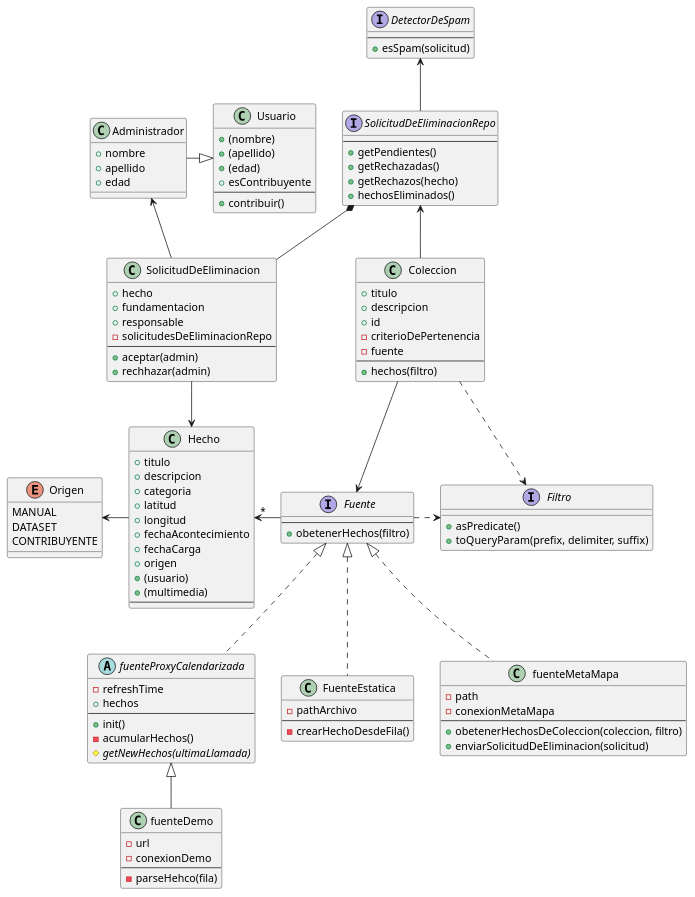
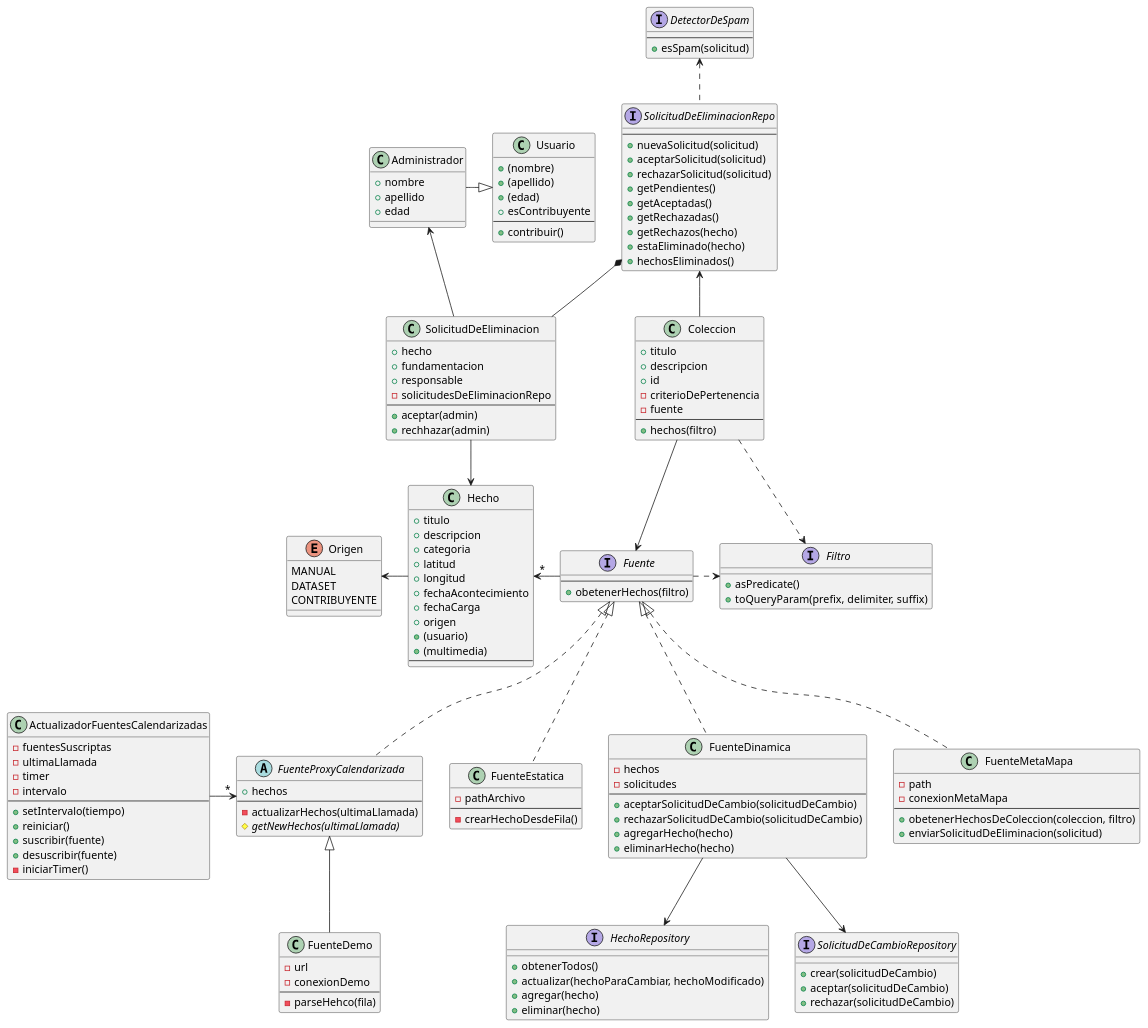
One commit to lrizzitano/Metamapa changed the diagram in diagramas/diagrama-clases.puml. Above: the diagram before and after it, drawn with PlantUML.

Commit message:
actualizo diagrama de clases

```diff
--- a/diagramas/diagrama-clases.puml
+++ b/diagramas/diagrama-clases.puml
@@ -1,138 +1,182 @@
 @startuml MetaMapa
 
 class Usuario {
     +(nombre)
     +(apellido)
     +(edad)
     +esContribuyente
     --
     +contribuir()
 }
 
 class Administrador {
     +nombre
     +apellido
     +edad
 }
 
 class SolicitudDeEliminacion {
     +hecho
     +fundamentacion
     +responsable
     -solicitudesDeEliminacionRepo
     --
     +aceptar(admin)
     +rechhazar(admin)
 }
 
 interface SolicitudDeEliminacionRepo {
     --
+    +nuevaSolicitud(solicitud)
+    +aceptarSolicitud(solicitud)
+    +rechazarSolicitud(solicitud)
     +getPendientes()
+    +getAceptadas()
     +getRechazadas()
     +getRechazos(hecho)
+    +estaEliminado(hecho)
     +hechosEliminados()
 }
 
 interface DetectorDeSpam {
     --
     +esSpam(solicitud)
 }
 
 
 class Coleccion {
     +titulo
     +descripcion
     +id
     -criterioDePertenencia
     -fuente
     --
     +hechos(filtro)
 }
 
 interface Fuente {
     --
     +obetenerHechos(filtro)
 }
 
 class Hecho {
     +titulo
     +descripcion
     +categoria
     +latitud
     +longitud
     +fechaAcontecimiento
     +fechaCarga
     +origen
     +(usuario)
     +(multimedia)
     --
 }
 
 enum Origen {
     MANUAL
     DATASET
     CONTRIBUYENTE
 }
 
+interface Filtro {
+    +asPredicate()
+    +toQueryParam(prefix, delimiter, suffix)
+}
+
 class FuenteEstatica {
     -pathArchivo
     --
     -crearHechoDesdeFila()
 }
 
-interface Filtro {
-    +asPredicate()
-    +toQueryParam(prefix, delimiter, suffix)
+class FuenteDinamica {
+    -hechos
+    -solicitudes
+    --
+    +aceptarSolicitudDeCambio(solicitudDeCambio)
+    +rechazarSolicitudDeCambio(solicitudDeCambio)
+    +agregarHecho(hecho)
+    +eliminarHecho(hecho)
 }
 
-abstract class fuenteProxyCalendarizada {
-    -refreshTime
+interface  HechoRepository {
+    +obtenerTodos()
+    +actualizar(hechoParaCambiar, hechoModificado)
+    +agregar(hecho)
+    +eliminar(hecho)
+}
+
+interface SolicitudDeCambioRepository {
+    +crear(solicitudDeCambio)
+    +aceptar(solicitudDeCambio)
+    +rechazar(solicitudDeCambio)
+}
+
+abstract class FuenteProxyCalendarizada {
     +hechos
     --
-    +init()
-    -acumularHechos()
+    -actualizarHechos(ultimaLlamada)
     #getNewHechos(ultimaLlamada) {abstract}
 }
 
-class fuenteDemo {
+class FuenteDemo {
     -url
     -conexionDemo
     --
     -parseHehco(fila)
 }
 
-class fuenteMetaMapa {
+class FuenteMetaMapa {
     -path
     -conexionMetaMapa
     --
     +obetenerHechosDeColeccion(coleccion, filtro)
     +enviarSolicitudDeEliminacion(solicitud)
+}
+
+class ActualizadorFuentesCalendarizadas {
+    -fuentesSuscriptas
+    -ultimaLlamada
+    -timer
+    -intervalo
+    --
+    +setIntervalo(tiempo)
+    +reiniciar()
+    +suscribir(fuente)
+    +desuscribir(fuente)
+    -iniciarTimer()
 }
 
 
 Administrador -r-|> Usuario
 
 
 Coleccion --> Fuente
 Coleccion .r.> Filtro
 
 Fuente -l-> "*" Hecho
 Fuente .r.>Filtro
 
 FuenteEstatica .u.|> Fuente
-fuenteProxyCalendarizada .u.|> Fuente
-fuenteMetaMapa .u.|> Fuente
-fuenteDemo -u-|> fuenteProxyCalendarizada
+FuenteProxyCalendarizada .u.|> Fuente
+FuenteMetaMapa .u.|> Fuente
+FuenteDemo -u-|> FuenteProxyCalendarizada
+FuenteDinamica .u.|> Fuente
+FuenteDinamica --> HechoRepository
+FuenteDinamica --> SolicitudDeCambioRepository
 
 
 Hecho -l-> Origen
 
 SolicitudDeEliminacion --> Hecho
 SolicitudDeEliminacion -u-> Administrador
 
 SolicitudDeEliminacionRepo *-- SolicitudDeEliminacion
-DetectorDeSpam <-- SolicitudDeEliminacionRepo
+DetectorDeSpam <.. SolicitudDeEliminacionRepo
 SolicitudDeEliminacionRepo <-- Coleccion
+
+ActualizadorFuentesCalendarizadas -r->"*" FuenteProxyCalendarizada
 
 
 @enduml
```
